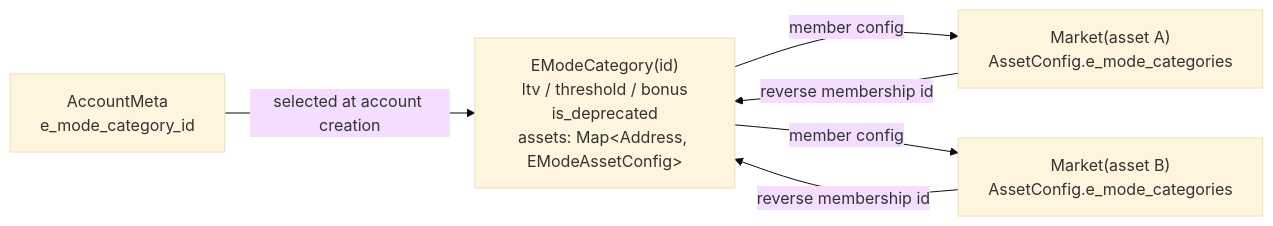
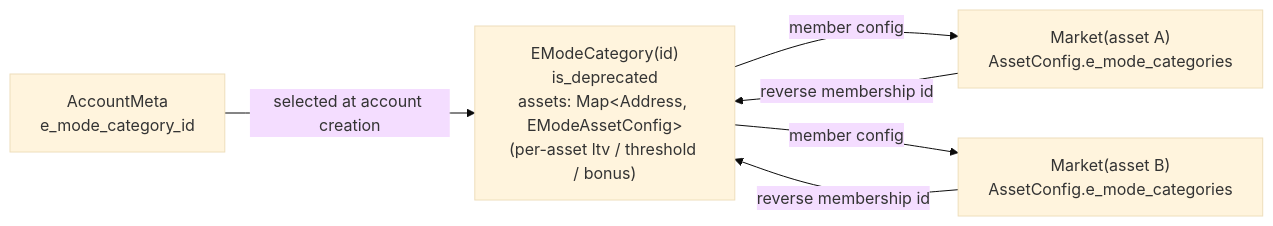
The tenth of 14 diagrams in SCF_BUILD_ARCHITECTURE.md (XOXNO/rs-lending-xlm), drawn with Mermaid (base theme) before and after one commit. The commit also changed other lines of this file and 22 other files, not shown here.

First line of the commit message:
feat(emode): per-asset risk parameters

````diff
--- a/SCF_BUILD_ARCHITECTURE.md
+++ b/SCF_BUILD_ARCHITECTURE.md
@@ -854,13 +857,13 @@
 ```mermaid
 flowchart LR
-    Cat["EModeCategory(id)<br/>ltv / threshold / bonus<br/>is_deprecated<br/>assets: Map&lt;Address, EModeAssetConfig&gt;"]
+    Cat["EModeCategory(id)<br/>is_deprecated<br/>assets: Map&lt;Address, EModeAssetConfig&gt;<br/>(per-asset ltv / threshold / bonus)"]
     AssetA["Market(asset A)<br/>AssetConfig.e_mode_categories"]
     AssetB["Market(asset B)<br/>AssetConfig.e_mode_categories"]
     Acct["AccountMeta<br/>e_mode_category_id"]
 
     Cat -->|"member config"| AssetA
     Cat -->|"member config"| AssetB
     AssetA -->|"reverse membership id"| Cat
     AssetB -->|"reverse membership id"| Cat
     Acct -->|"selected at account creation"| Cat
 ```
````
